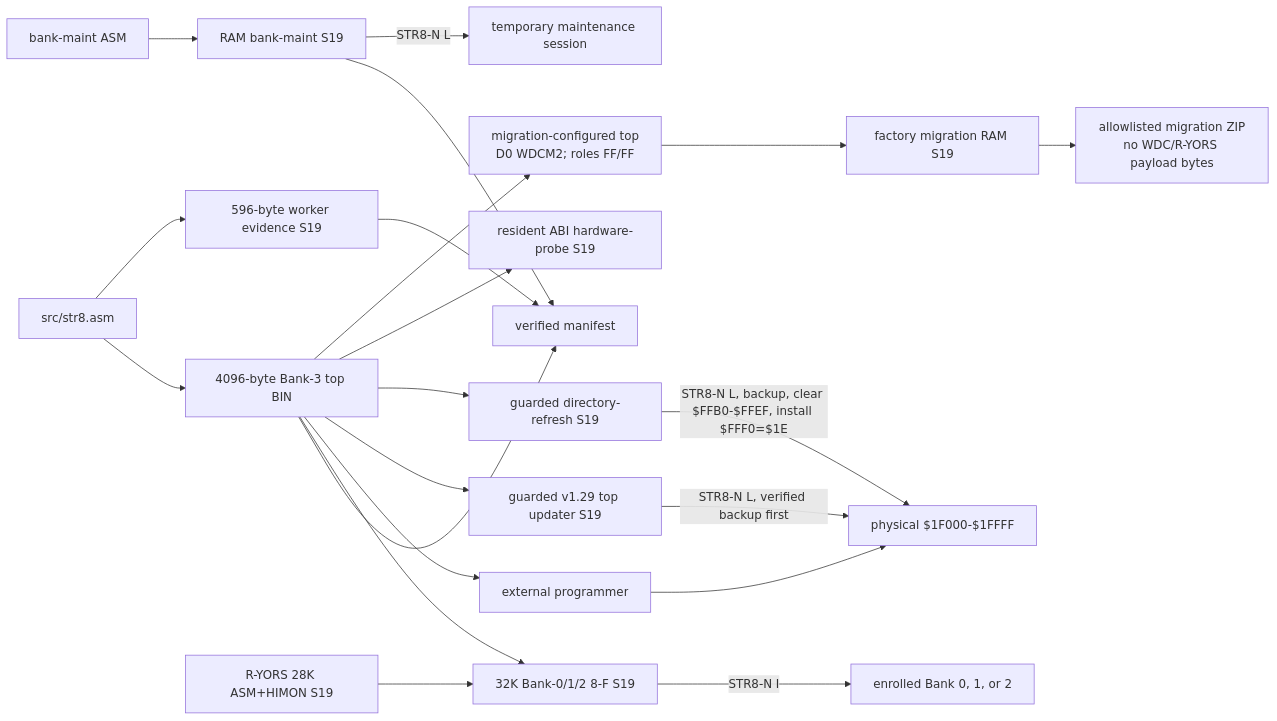
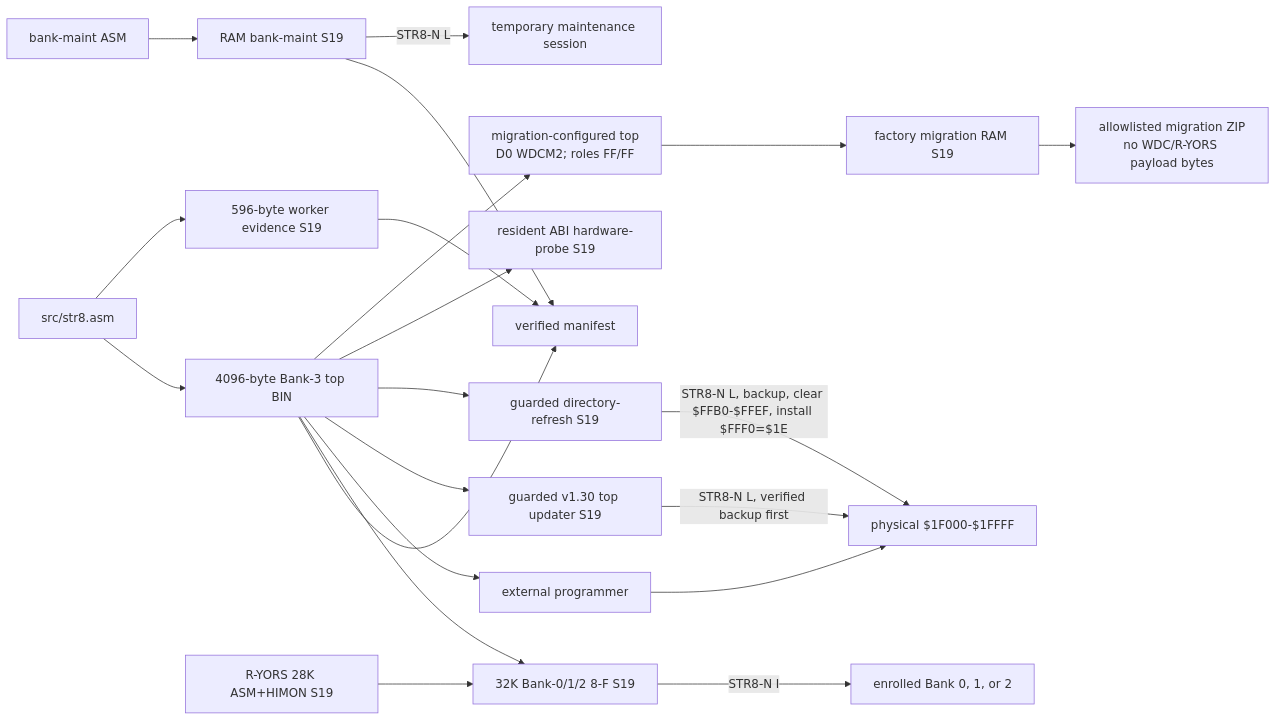
The second of 14 diagrams in docs/MAPS.md (95westus/STR8-N), drawn with Mermaid before and after one commit. The commit also changed other lines of this file and 45 other files, not shown here.

````diff
--- a/docs/MAPS.md
+++ b/docs/MAPS.md
@@ -38,23 +38,23 @@
 ```mermaid
 flowchart LR
     SRC[src/str8.asm] --> TOP[4096-byte Bank-3 top BIN]
     SRC --> WORKER[596-byte worker evidence S19]
     BM_SRC[bank-maint ASM] --> BM[RAM bank-maint S19]
     TOP --> MANIFEST[verified manifest]
     WORKER --> MANIFEST
     BM --> MANIFEST
     RY[R-YORS 28K ASM+HIMON S19] --> FULL[32K Bank-0/1/2 8-F S19]
     TOP --> FULL
     TOP --> PROGRAMMER[external programmer]
     PROGRAMMER --> B3F[physical $1F000-$1FFFF]
-    TOP --> UPDATE[guarded v1.29 top updater S19]
+    TOP --> UPDATE[guarded v1.30 top updater S19]
     UPDATE -->|STR8-N L, verified backup first| B3F
     TOP --> REFRESH[guarded directory-refresh S19]
     REFRESH -->|STR8-N L, backup, clear $FFB0-$FFEF, install $FFF0=$1E| B3F
     TOP --> ABI_TEST[resident ABI hardware-probe S19]
     BM -->|STR8-N L| RAM_TOOL[temporary maintenance session]
     FULL -->|STR8-N I| GUEST[enrolled Bank 0, 1, or 2]
     TOP --> WDC_TOP[migration-configured top<br/>D0 WDCM2; roles FF/FF]
     WDC_TOP --> WDC_INSTALL[factory migration RAM S19]
     WDC_INSTALL --> KIT[allowlisted migration ZIP<br/>no WDC/R-YORS payload bytes]
 ```
````
